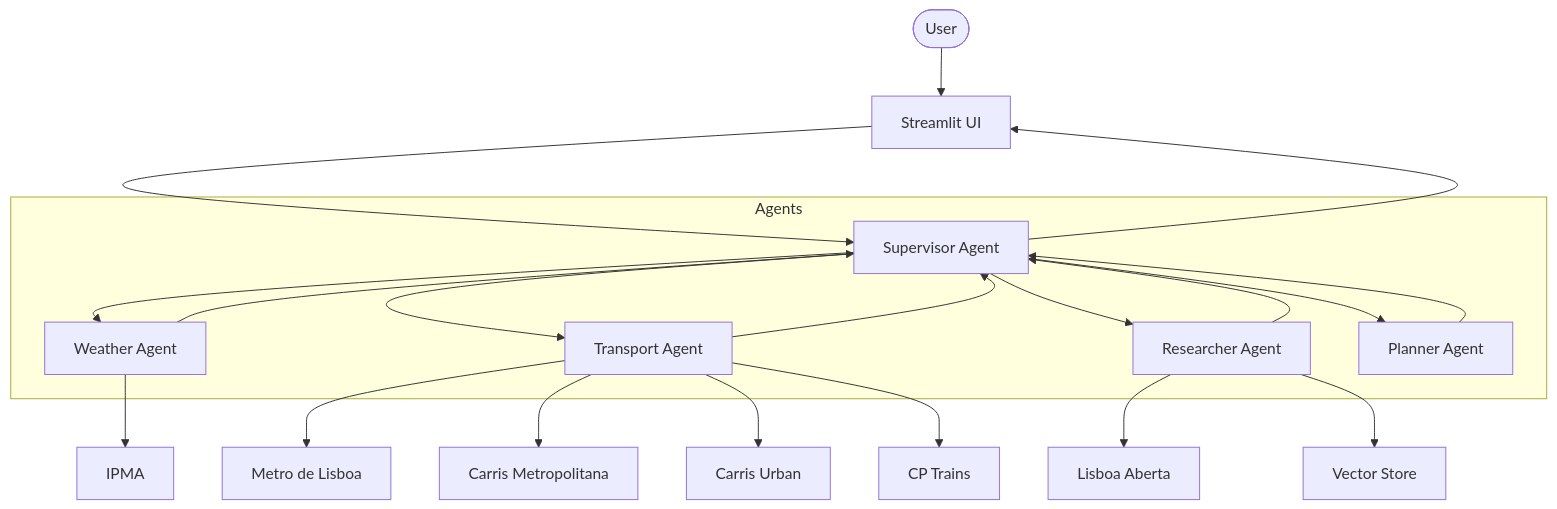
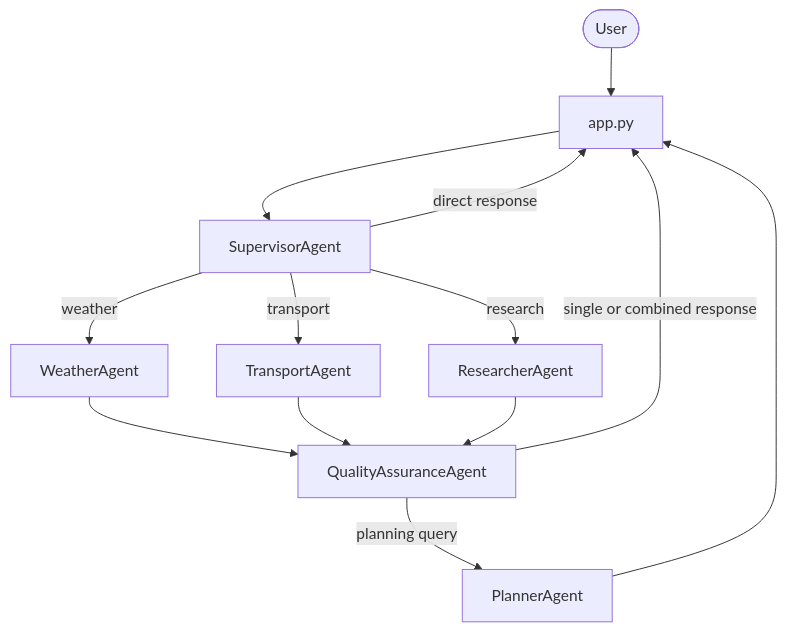
The diagram in docs/02_SYSTEM_ARCHITECTURE.md (Silvestre17/LISBOA_MultiAgentSystem), drawn with Mermaid before and after one commit. The commit also changed other lines of this file and 68 other files, not shown here.

````diff
--- a/docs/02_SYSTEM_ARCHITECTURE.md
+++ b/docs/02_SYSTEM_ARCHITECTURE.md
@@ -29,25 +44,18 @@
 ```mermaid
 graph TD
-  User([User]) --> UI[Streamlit UI]
-  UI --> Sup[Supervisor Agent]
+  User([User]) --> UI[app.py]
+  UI --> Supervisor[SupervisorAgent]
 
-  subgraph Agents
-    Sup --> W[Weather Agent]
-    Sup --> T[Transport Agent]
-    Sup --> R[Researcher Agent]
-    Sup --> P[Planner Agent]
-  end
+  Supervisor -->|direct response| UI
+  Supervisor -->|weather| Weather[WeatherAgent]
+  Supervisor -->|transport| Transport[TransportAgent]
+  Supervisor -->|research| Researcher[ResearcherAgent]
 
-  W --> IPMA[IPMA]
-  T --> Metro[Metro de Lisboa]
-  T --> CM[Carris Metropolitana]
-  T --> Carris[Carris Urban]
-  T --> CP[CP Trains]
-  R --> OpenData[Lisboa Aberta]
-  R --> VS[Vector Store]
-  P --> Sup
-  R --> Sup
-  T --> Sup
-  W --> Sup
-  Sup --> UI
+  Weather --> QA[QualityAssuranceAgent]
+  Transport --> QA
+  Researcher --> QA
+
+  QA -->|planning query| Planner[PlannerAgent]
+  QA -->|single or combined response| UI
+  Planner --> UI
 ```
````
